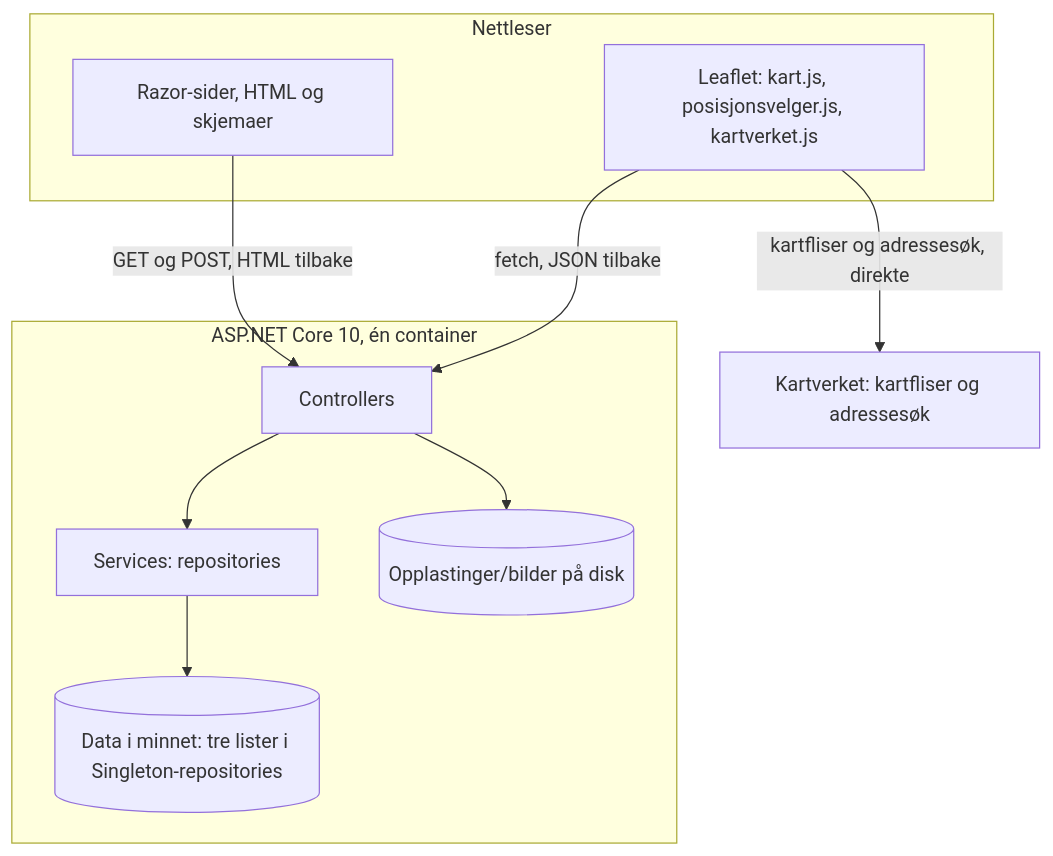
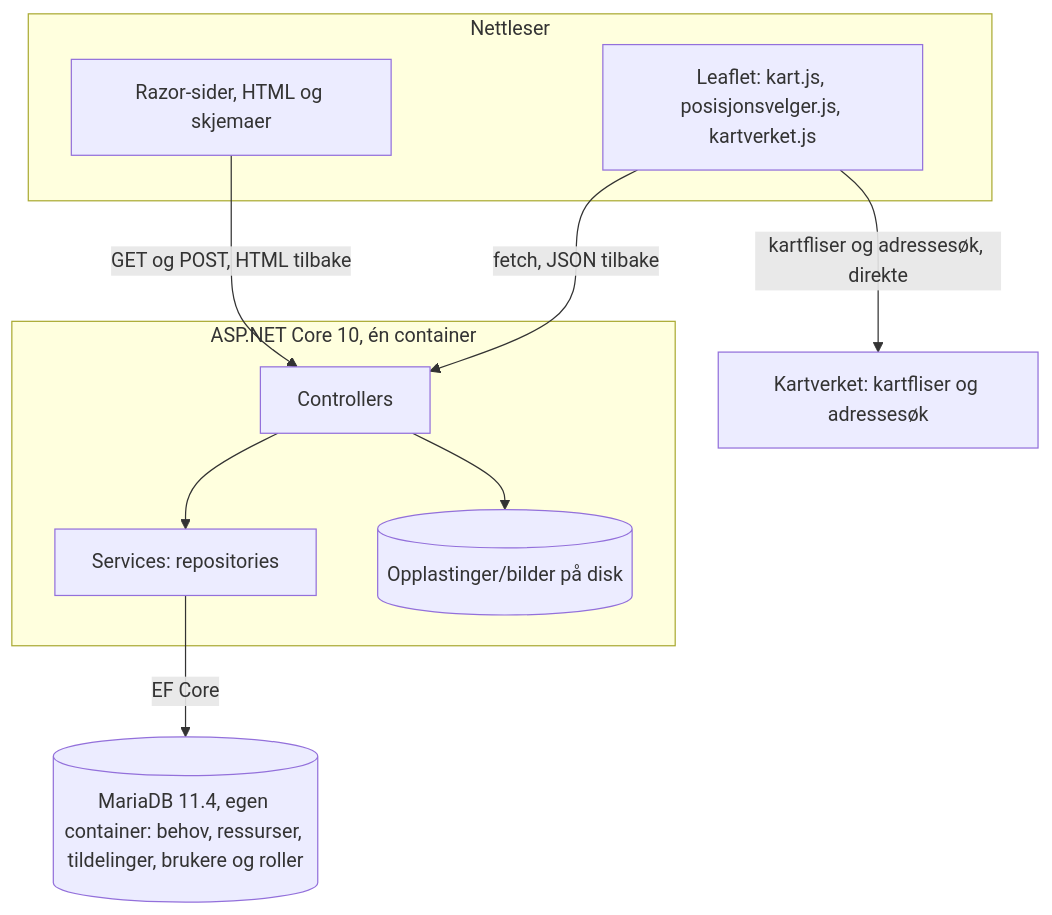
The first of 6 diagrams in docs/arkitektur.md (thilomoi05/Prosjekt_host_1), drawn with Mermaid before and after one commit. The commit also changed other lines of this file and 19 other files, not shown here.

````diff
--- a/docs/arkitektur.md
+++ b/docs/arkitektur.md
@@ -31,23 +31,23 @@
 ```mermaid
 flowchart TB
     subgraph nettleser["Nettleser"]
         sider["Razor-sider, HTML og skjemaer"]
         kartjs["Leaflet: kart.js, posisjonsvelger.js, kartverket.js"]
     end
 
     subgraph app["ASP.NET Core 10, én container"]
         ctrl["Controllers"]
         svc["Services: repositories"]
-        minne[("Data i minnet: tre lister i Singleton-repositories")]
         disk[("Opplastinger/bilder på disk")]
     end
 
+    db[("MariaDB 11.4, egen container: behov, ressurser, tildelinger, brukere og roller")]
     kv["Kartverket: kartfliser og adressesøk"]
 
     sider -->|"GET og POST, HTML tilbake"| ctrl
     kartjs -->|"fetch, JSON tilbake"| ctrl
     kartjs -->|"kartfliser og adressesøk, direkte"| kv
     ctrl --> svc
-    svc --> minne
+    svc -->|"EF Core"| db
     ctrl --> disk
 ```
````
